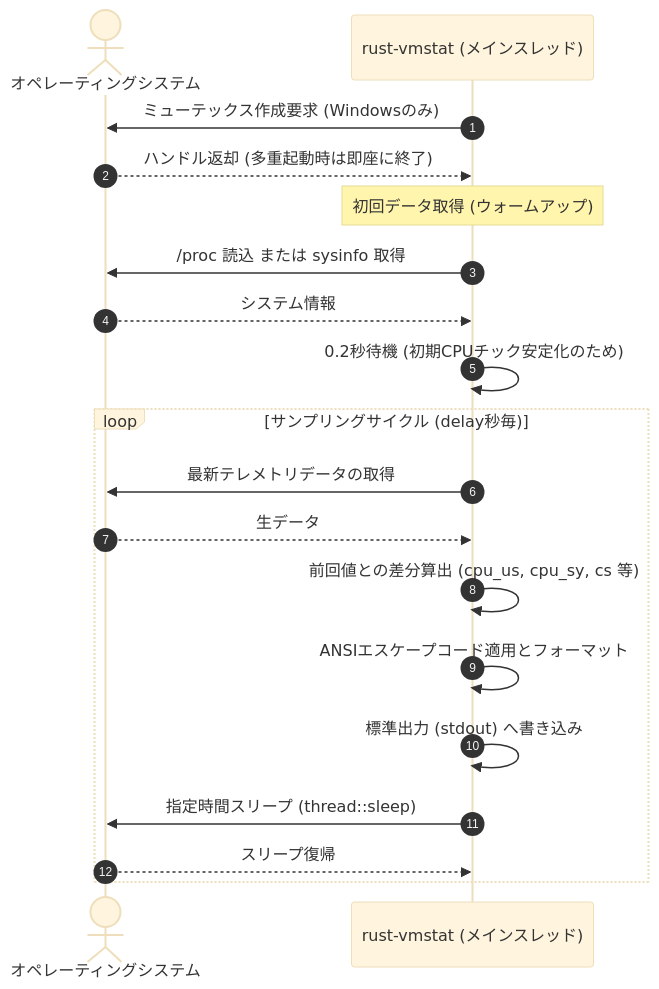
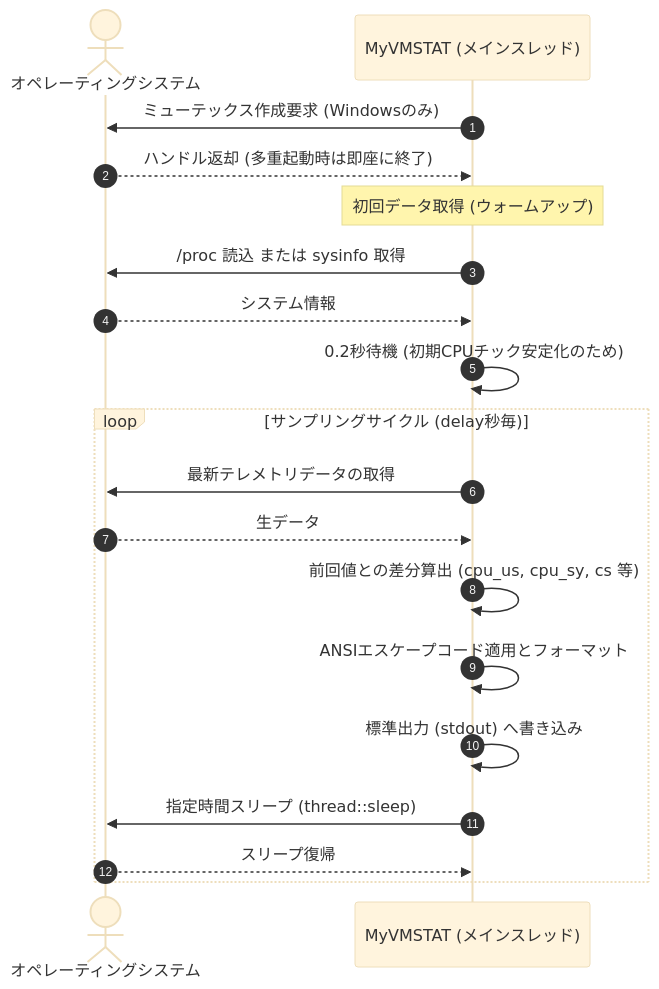
The third of 3 diagrams in docs/DIAGRAM.md (tkshnkgwr/MyVMSTAT), drawn with Mermaid (base theme) before and after one commit. The commit also changed other lines of this file and 12 other files, not shown here.

````diff
--- a/docs/DIAGRAM.md
+++ b/docs/DIAGRAM.md
@@ -95,25 +95,25 @@
 ```mermaid
 sequenceDiagram
     autonumber
     actor OS as オペレーティングシステム
-    participant App as rust-vmstat (メインスレッド)
+    participant App as MyVMSTAT (メインスレッド)
     
     App->>OS: ミューテックス作成要求 (Windowsのみ)
     OS-->>App: ハンドル返却 (多重起動時は即座に終了)
     
     Note over App: 初回データ取得 (ウォームアップ)
     App->>OS: /proc 読込 または sysinfo 取得
     OS-->>App: システム情報
     
     App->>App: 0.2秒待機 (初期CPUチック安定化のため)
     
     loop サンプリングサイクル (delay秒毎)
         App->>OS: 最新テレメトリデータの取得
         OS-->>App: 生データ
         App->>App: 前回値との差分算出 (cpu_us, cpu_sy, cs 等)
         App->>App: ANSIエスケープコード適用とフォーマット
         App->>App: 標準出力 (stdout) へ書き込み
         App->>OS: 指定時間スリープ (thread::sleep)
         OS-->>App: スリープ復帰
     end
 ```
````
